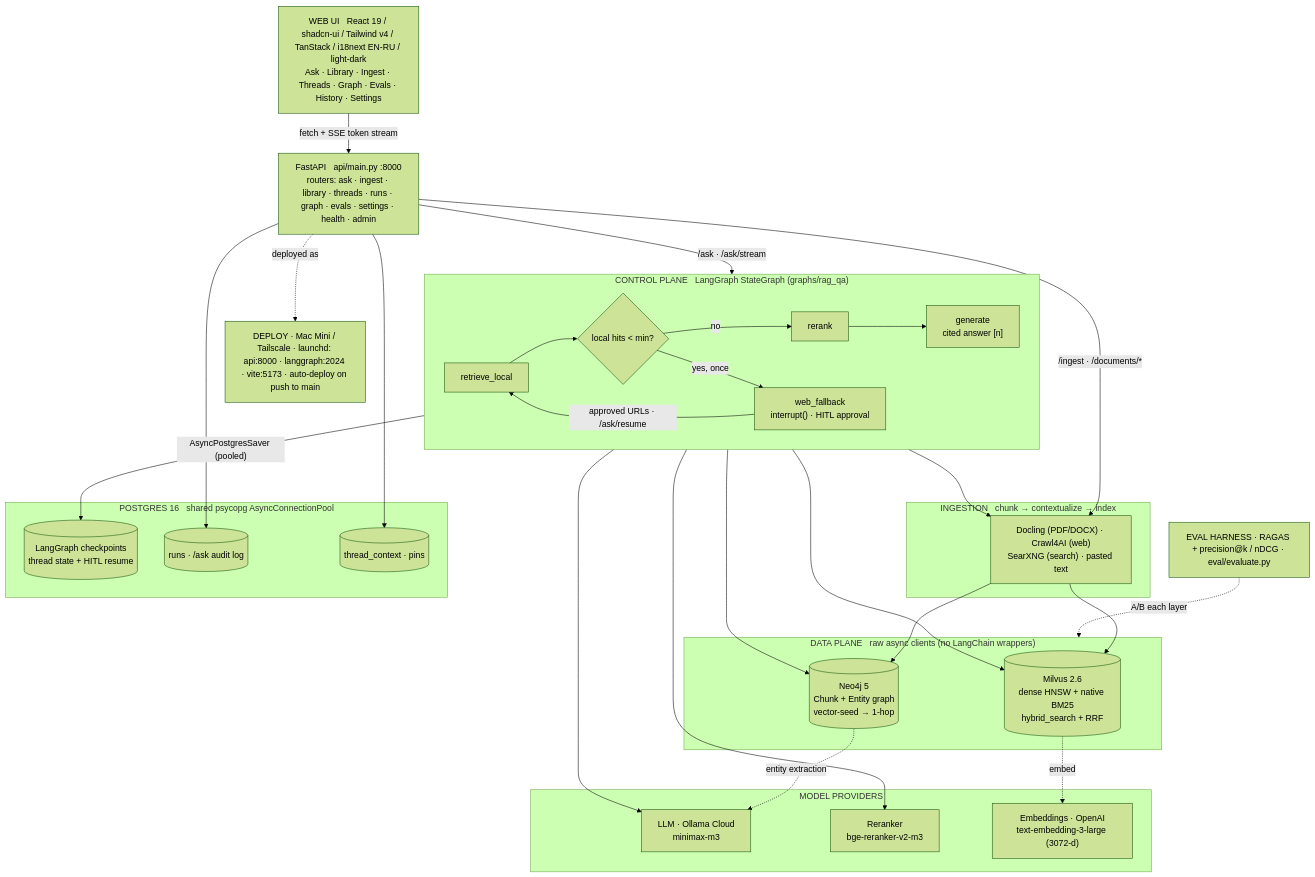
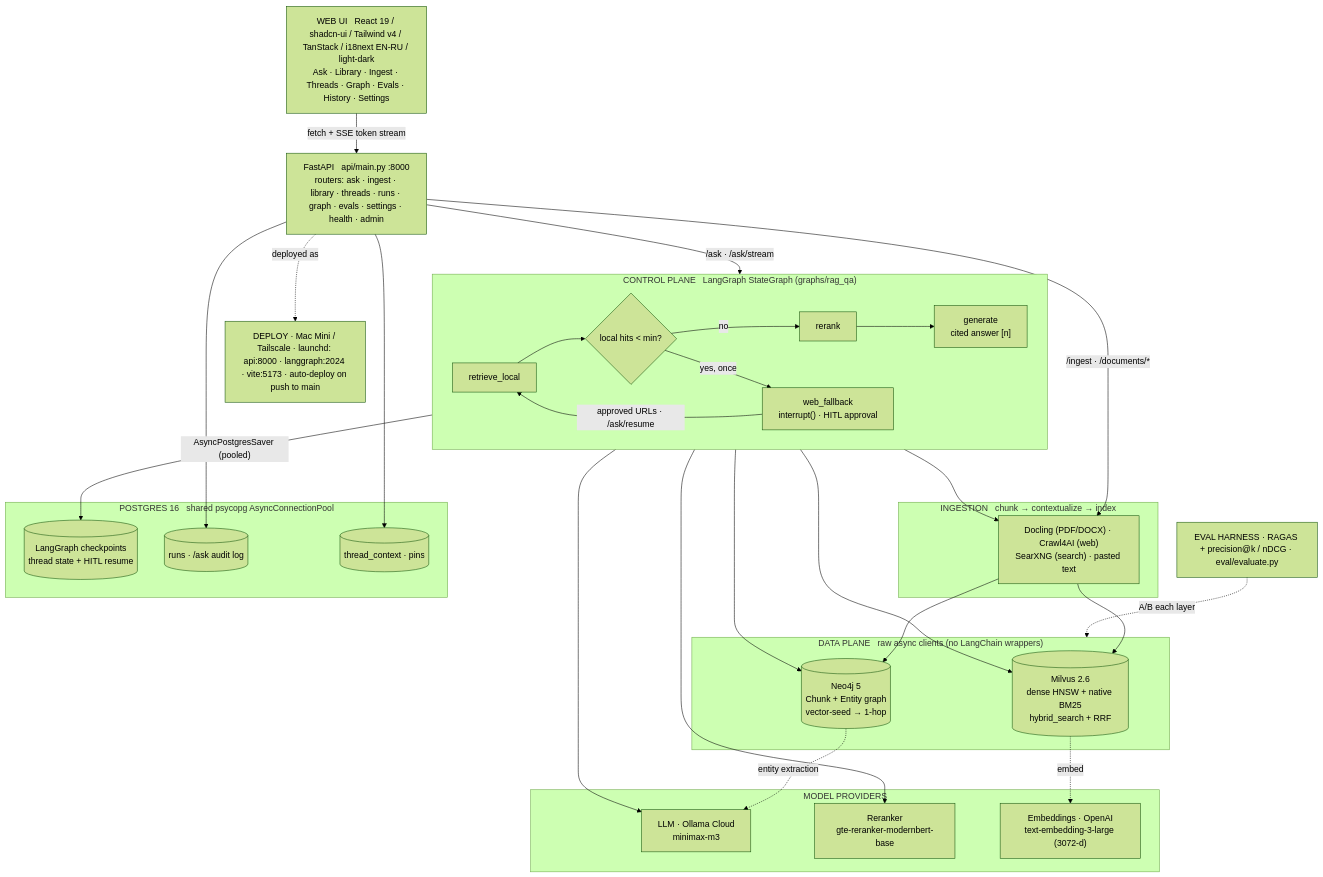
Before and after one commit to Mohar7/sovereign-rag: the diagram in docs/architecture.md, drawn with Mermaid (forest theme). The commit also changed other lines of this file and 4 other files, not shown here.

First line of the commit message:
docs: fix stale reranker references (gte-reranker-modernbert-base)

````diff
--- a/docs/architecture.md
+++ b/docs/architecture.md
@@ -12,54 +12,54 @@
 ```mermaid
 flowchart TB
   CLIENT["WEB UI &nbsp; React 19 / shadcn-ui / Tailwind v4 / TanStack / i18next EN-RU / light-dark<br/>Ask · Library · Ingest · Threads · Graph · Evals · History · Settings"]
   CLIENT -->|"fetch + SSE token stream"| API
   API["FastAPI &nbsp; api/main.py :8000<br/>routers: ask · ingest · library · threads · runs · graph · evals · settings · health · admin"]
   API -->|"/ask · /ask/stream"| RL
   API -->|"/ingest · /documents/*"| SRC
 
   subgraph CTRL["CONTROL PLANE &nbsp; LangGraph StateGraph (graphs/rag_qa)"]
     direction LR
     RL["retrieve_local"] --> COND{"local hits &lt; min?"}
     COND -->|no| RR["rerank"]
     COND -->|"yes, once"| WF["web_fallback<br/>interrupt() · HITL approval"]
     WF -->|"approved URLs · /ask/resume"| RL
     RR --> GEN["generate<br/>cited answer [n]"]
   end
 
   subgraph DATA["DATA PLANE &nbsp; raw async clients (no LangChain wrappers)"]
     MILVUS[("Milvus 2.6<br/>dense HNSW + native BM25<br/>hybrid_search + RRF")]
     NEO4J[("Neo4j 5<br/>Chunk + Entity graph<br/>vector-seed → 1-hop")]
   end
 
   subgraph ING["INGESTION &nbsp; chunk → contextualize → index"]
     SRC["Docling (PDF/DOCX) · Crawl4AI (web)<br/>SearXNG (search) · pasted text"]
   end
 
   RL --> MILVUS & NEO4J
   WF --> SRC
   SRC --> MILVUS & NEO4J
 
   subgraph PROV["MODEL PROVIDERS"]
     LLM["LLM · Ollama Cloud<br/>minimax-m3"]
-    RER["Reranker<br/>bge-reranker-v2-m3"]
+    RER["Reranker<br/>gte-reranker-modernbert-base"]
     EMB["Embeddings · OpenAI<br/>text-embedding-3-large (3072-d)"]
   end
 
   GEN --> LLM
   RR --> RER
   MILVUS -.embed.-> EMB
   NEO4J -.entity extraction.-> LLM
 
   subgraph PG["POSTGRES 16 &nbsp; shared psycopg AsyncConnectionPool"]
     CKPT[("LangGraph checkpoints<br/>thread state + HITL resume")]
     RUNS[("runs · /ask audit log")]
     CTX[("thread_context · pins")]
   end
 
   CTRL -->|"AsyncPostgresSaver (pooled)"| CKPT
   API --> RUNS & CTX
 
   EVAL["EVAL HARNESS · RAGAS + precision@k / nDCG · eval/evaluate.py"] -.A/B each layer.-> DATA
   DEPLOY["DEPLOY · Mac Mini / Tailscale · launchd: api:8000 · langgraph:2024 · vite:5173 · auto-deploy on push to main"]
   API -.deployed as.-> DEPLOY
 ```
````
